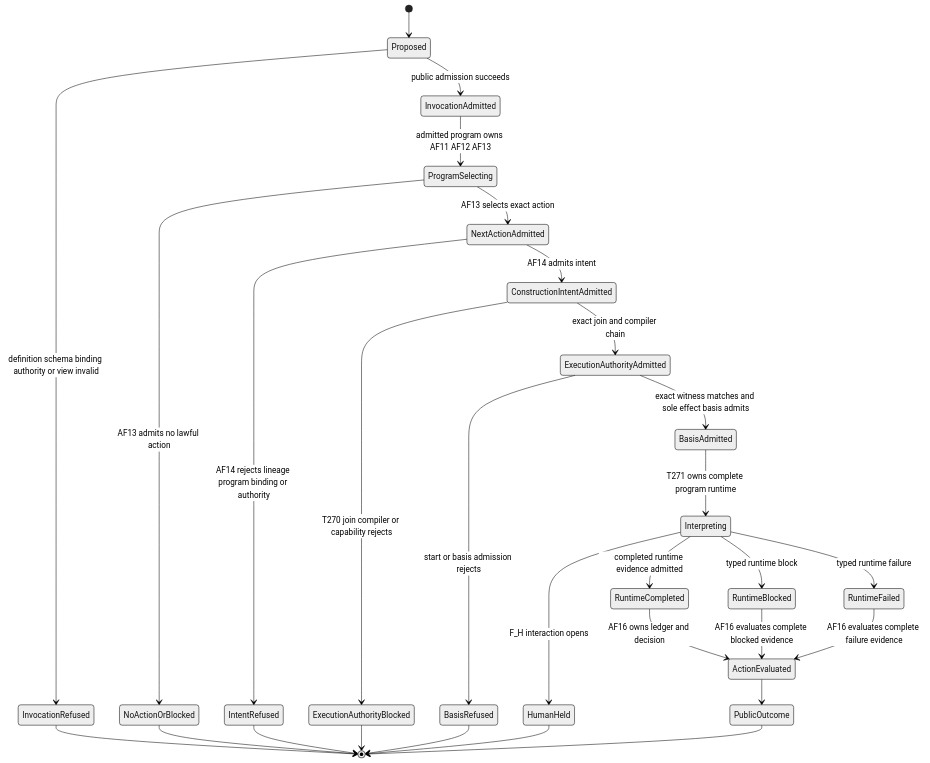
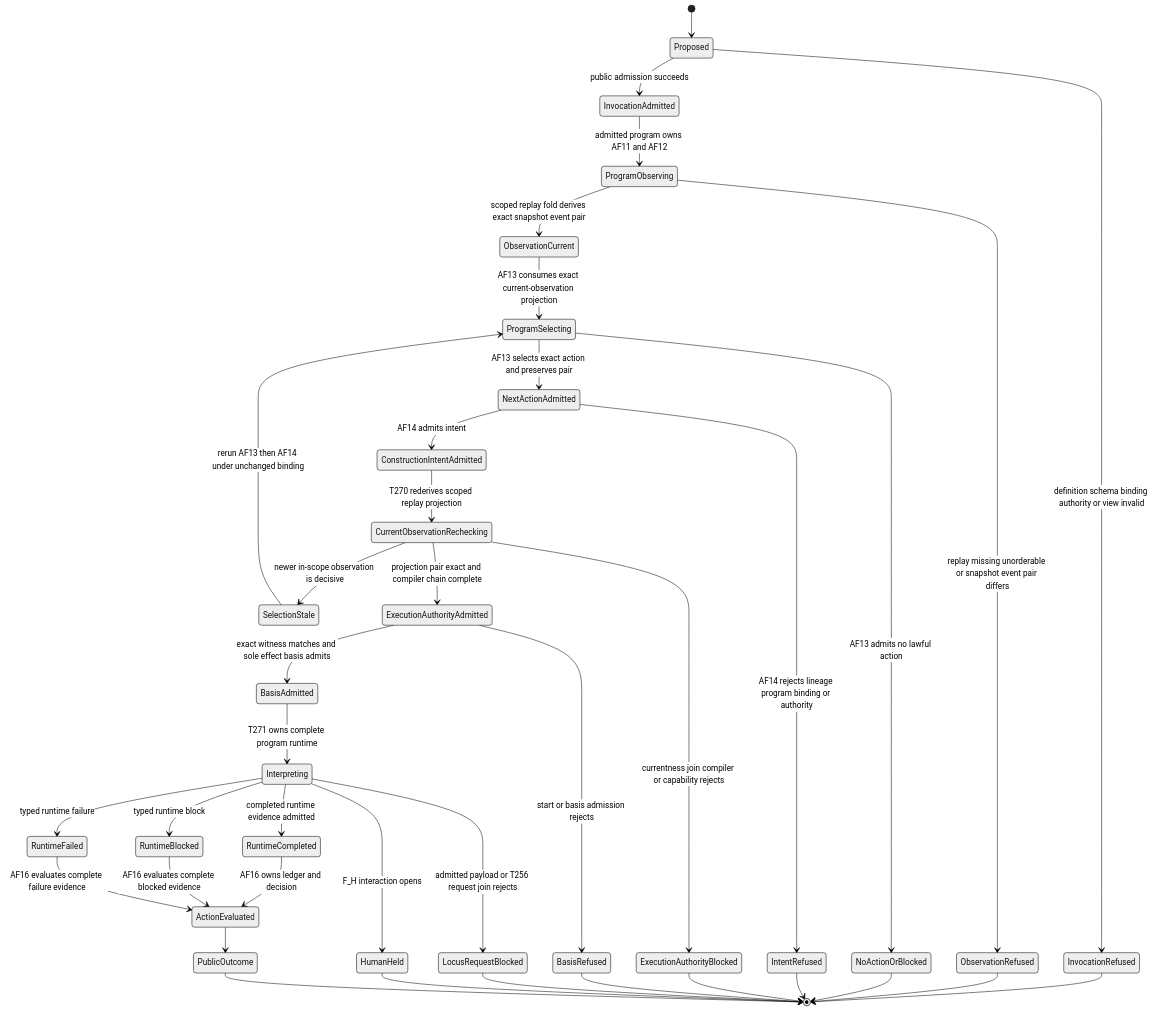
The third of 3 diagrams in build_tenants/abiogenesis/typescript/design/M03_M04_PUBLIC_CATALOG_INVOCATION_AUTHORITY_BEHAVIOR_DESIGN.md (foolishimp/abiogenesis), drawn with Mermaid (neutral theme) before and after one commit. The commit also changed other lines of this file, not shown here.

Commit message:
design(t270): bind af15 to current observation

````diff
--- a/build_tenants/abiogenesis/typescript/design/M03_M04_PUBLIC_CATALOG_INVOCATION_AUTHORITY_BEHAVIOR_DESIGN.md
+++ b/build_tenants/abiogenesis/typescript/design/M03_M04_PUBLIC_CATALOG_INVOCATION_AUTHORITY_BEHAVIOR_DESIGN.md
@@ -492,31 +877,40 @@
 ```mermaid
 stateDiagram-v2
   [*] --> Proposed
   Proposed --> InvocationRefused: definition schema binding authority or view invalid
   Proposed --> InvocationAdmitted: public admission succeeds
-  InvocationAdmitted --> ProgramSelecting: admitted program owns AF11 AF12 AF13
+  InvocationAdmitted --> ProgramObserving: admitted program owns AF11 and AF12
+  ProgramObserving --> ObservationCurrent: scoped replay fold derives exact snapshot event pair
+  ProgramObserving --> ObservationRefused: replay missing unorderable or snapshot event pair differs
+  ObservationCurrent --> ProgramSelecting: AF13 consumes exact current-observation projection
   ProgramSelecting --> NoActionOrBlocked: AF13 admits no lawful action
-  ProgramSelecting --> NextActionAdmitted: AF13 selects exact action
+  ProgramSelecting --> NextActionAdmitted: AF13 selects exact action and preserves pair
   NextActionAdmitted --> IntentRefused: AF14 rejects lineage program binding or authority
   NextActionAdmitted --> ConstructionIntentAdmitted: AF14 admits intent
-  ConstructionIntentAdmitted --> ExecutionAuthorityBlocked: T270 join compiler or capability rejects
-  ConstructionIntentAdmitted --> ExecutionAuthorityAdmitted: exact join and compiler chain
+  ConstructionIntentAdmitted --> CurrentObservationRechecking: T270 rederives scoped replay projection
+  CurrentObservationRechecking --> SelectionStale: newer in-scope observation is decisive
+  CurrentObservationRechecking --> ExecutionAuthorityBlocked: currentness join compiler or capability rejects
+  CurrentObservationRechecking --> ExecutionAuthorityAdmitted: projection pair exact and compiler chain complete
+  SelectionStale --> ProgramSelecting: rerun AF13 then AF14 under unchanged binding
   ExecutionAuthorityAdmitted --> BasisRefused: start or basis admission rejects
   ExecutionAuthorityAdmitted --> BasisAdmitted: exact witness matches and sole effect basis admits
   BasisAdmitted --> Interpreting: T271 owns complete program runtime
+  Interpreting --> LocusRequestBlocked: admitted payload or T256 request join rejects
   Interpreting --> RuntimeBlocked: typed runtime block
   Interpreting --> RuntimeFailed: typed runtime failure
   Interpreting --> HumanHeld: F_H interaction opens
   Interpreting --> RuntimeCompleted: completed runtime evidence admitted
   RuntimeCompleted --> ActionEvaluated: AF16 owns ledger and decision
   RuntimeBlocked --> ActionEvaluated: AF16 evaluates complete blocked evidence
   RuntimeFailed --> ActionEvaluated: AF16 evaluates complete failure evidence
   InvocationRefused --> [*]
+  ObservationRefused --> [*]
   NoActionOrBlocked --> [*]
   IntentRefused --> [*]
   ExecutionAuthorityBlocked --> [*]
   BasisRefused --> [*]
+  LocusRequestBlocked --> [*]
   HumanHeld --> [*]
   ActionEvaluated --> PublicOutcome
   PublicOutcome --> [*]
 ```
````
